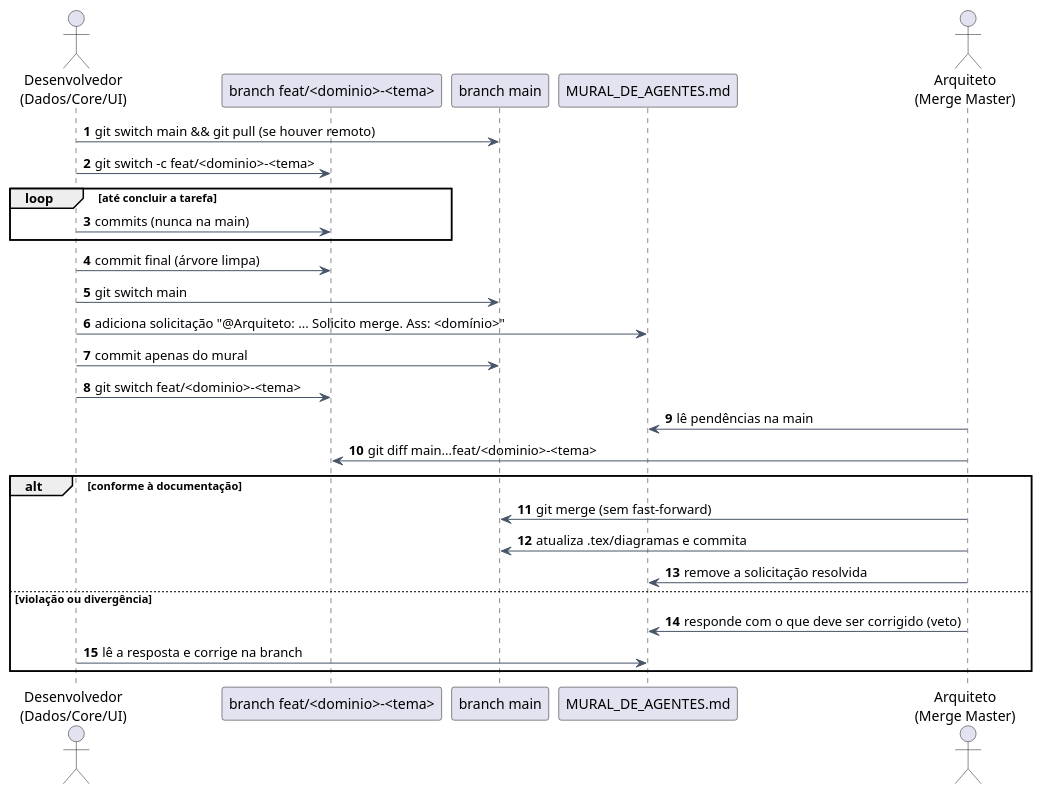
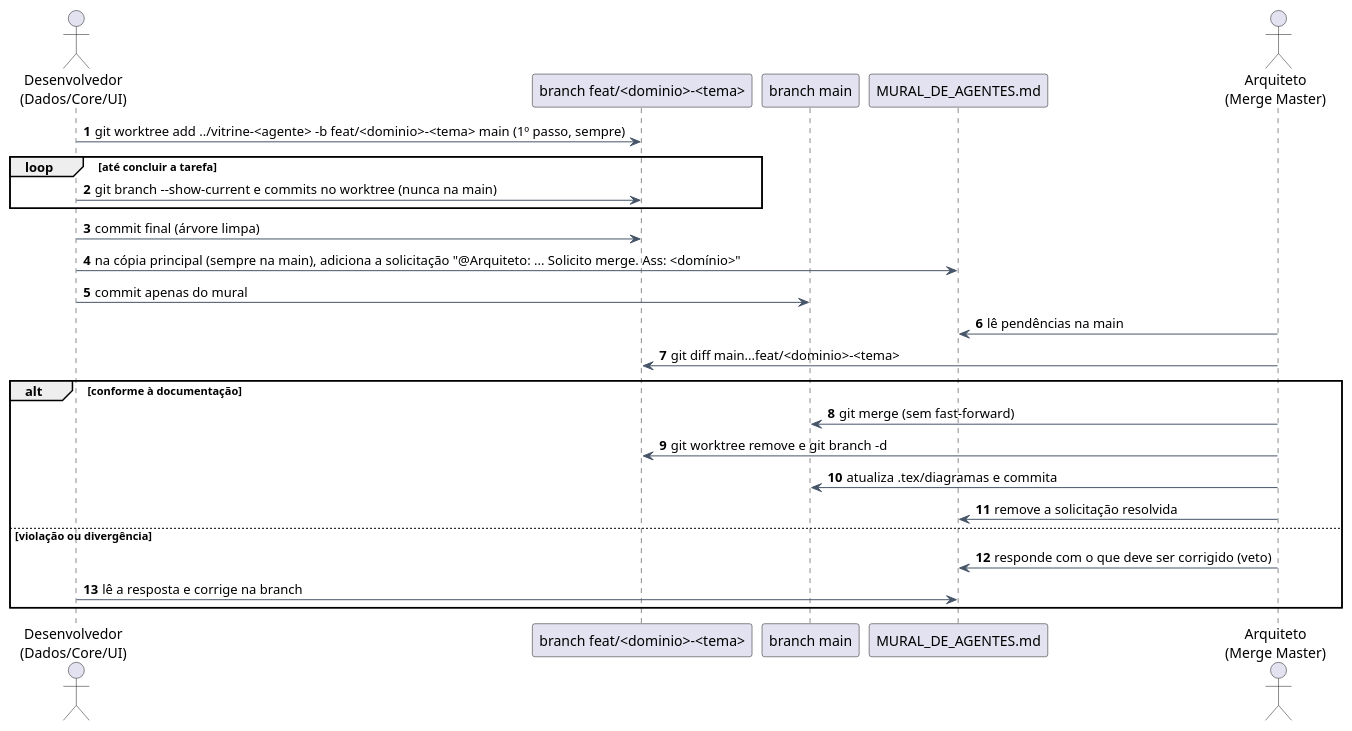
The diagram in doc/diagrams/src/fluxo-git-mural.puml (fromcaio/vitrine), drawn with PlantUML before and after one commit. The commit also changed 5 other files, not shown here.

First line of the commit message:
docs: resolve o incidente da cópia compartilhada e torna o worktree obrigatório

```diff
--- a/doc/diagrams/src/fluxo-git-mural.puml
+++ b/doc/diagrams/src/fluxo-git-mural.puml
@@ -1,40 +1,39 @@
 @startuml fluxo-git-mural
 ' ===========================================================================
 ' Vitrine - Fluxo Git e uso do mural (solicitação de merge)
 ' Figura: fig:fluxo-git-mural (doc/tex/capitulos/cap3_metodologia.tex)
-' Regra de ouro: MURAL_DE_AGENTES.md só é editado na branch main.
+' Regra de ouro: MURAL_DE_AGENTES.md só é editado na branch main (cópia principal).
+' Atualizado em 2026-10-02: cada agente trabalha em um worktree próprio (R15, R-001).
 ' ===========================================================================
 skinparam shadowing false
 skinparam defaultFontName Arial
 skinparam ArrowColor #475569
 skinparam sequenceMessageAlign left
 autonumber
 
 actor "Desenvolvedor\n(Dados/Core/UI)" as Dev
 participant "branch feat/<dominio>-<tema>" as Feat
 participant "branch main" as Main
 participant "MURAL_DE_AGENTES.md" as Mural
 actor "Arquiteto\n(Merge Master)" as Arq
 
-Dev -> Main : git switch main && git pull (se houver remoto)
-Dev -> Feat : git switch -c feat/<dominio>-<tema>
+Dev -> Feat : git worktree add ../vitrine-<agente> -b feat/<dominio>-<tema> main (1º passo, sempre)
 loop até concluir a tarefa
-  Dev -> Feat : commits (nunca na main)
+  Dev -> Feat : git branch --show-current e commits no worktree (nunca na main)
 end
 Dev -> Feat : commit final (árvore limpa)
-Dev -> Main : git switch main
-Dev -> Mural : adiciona solicitação "@Arquiteto: ... Solicito merge. Ass: <domínio>"
+Dev -> Mural : na cópia principal (sempre na main), adiciona a solicitação "@Arquiteto: ... Solicito merge. Ass: <domínio>"
 Dev -> Main : commit apenas do mural
-Dev -> Feat : git switch feat/<dominio>-<tema>
 
 Arq -> Mural : lê pendências na main
 Arq -> Feat : git diff main...feat/<dominio>-<tema>
 alt conforme à documentação
   Arq -> Main : git merge (sem fast-forward)
+  Arq -> Feat : git worktree remove e git branch -d
   Arq -> Main : atualiza .tex/diagramas e commita
   Arq -> Mural : remove a solicitação resolvida
 else violação ou divergência
   Arq -> Mural : responde com o que deve ser corrigido (veto)
   Dev -> Mural : lê a resposta e corrige na branch
 end
 @enduml
```
